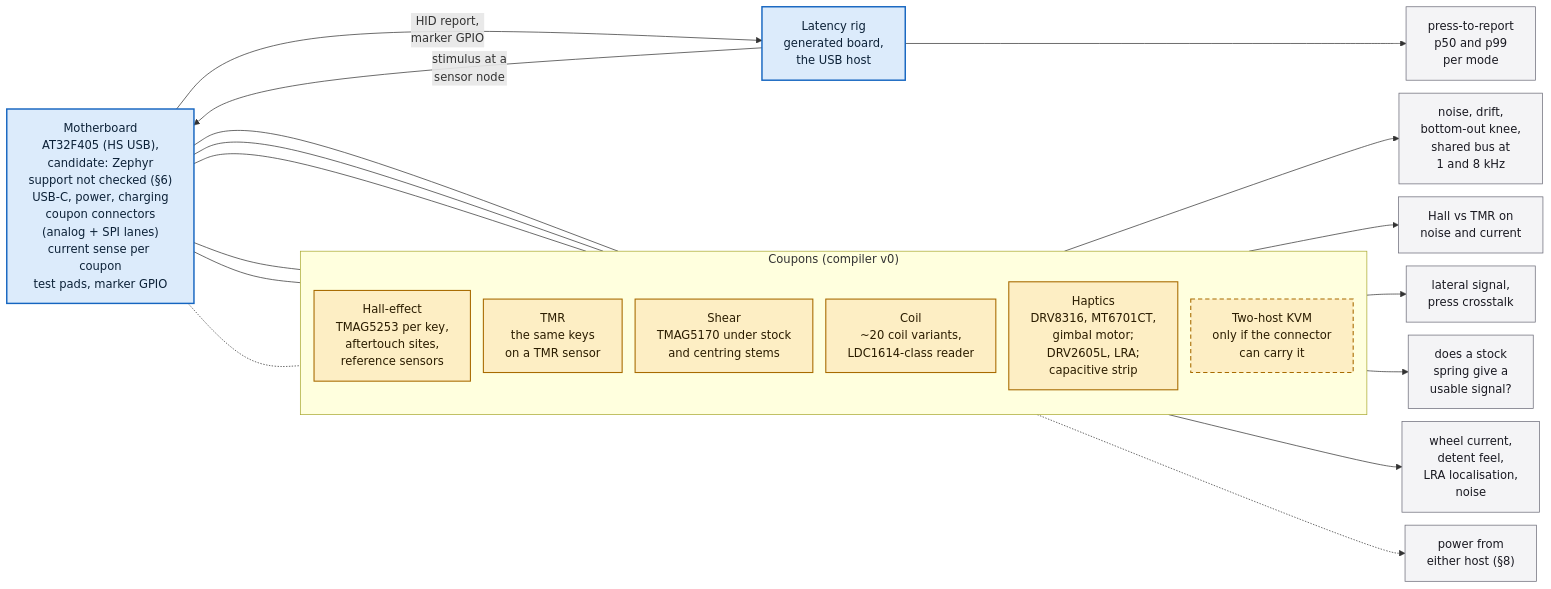
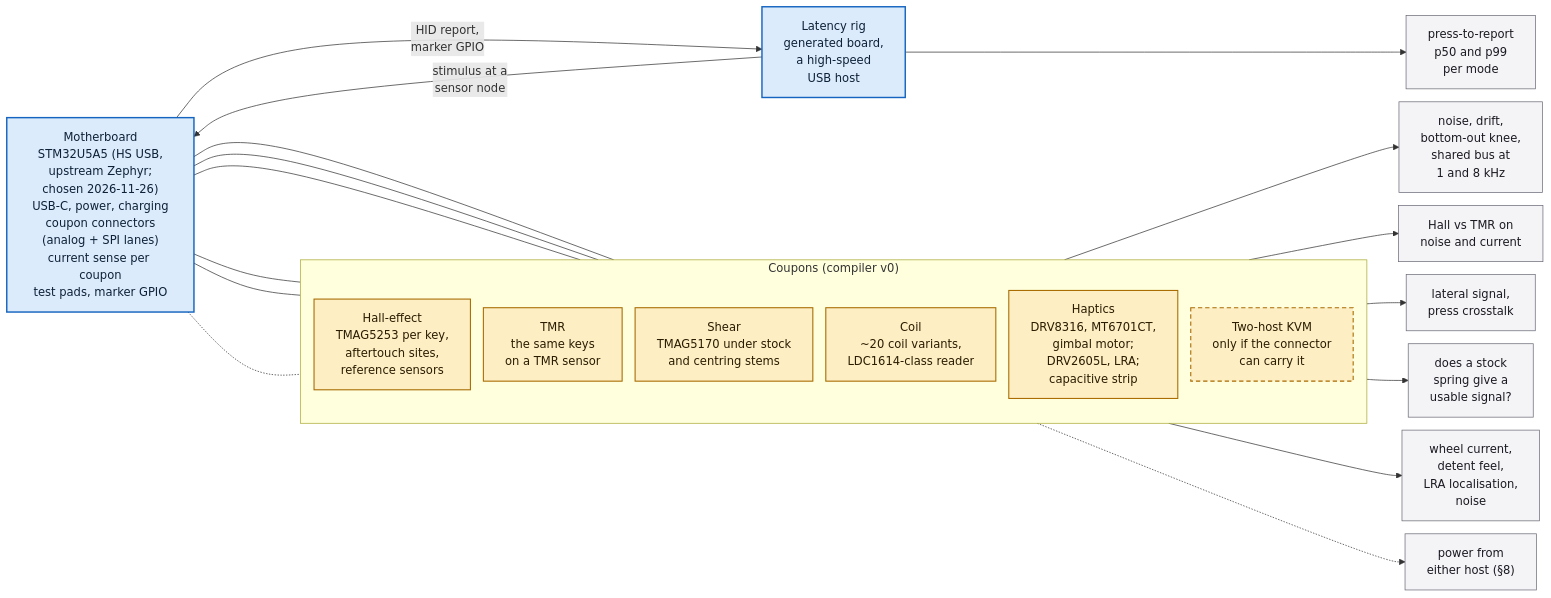
Diagram 20 of 22 in keyboard/docs/concept.md (tyevco/prettycoolboards), drawn with Mermaid before and after one commit. The commit also changed other lines of this file and 19 other files, not shown here.

````diff
--- a/keyboard/docs/concept.md
+++ b/keyboard/docs/concept.md
@@ -1180,48 +1218,48 @@
 ```mermaid
 ---
 config:
   # the docs theme sets p { line-height: 28px }, which would clip the labels mermaid measured at 1.5
   themeCSS: "p { line-height: inherit; }"
   flowchart:
     nodeSpacing: 18
     rankSpacing: 44
     # without it the first coupon's border runs through the subgraph title
     subGraphTitleMargin: { top: 0, bottom: 8 }
 ---
 flowchart LR
-  MB["Motherboard<br/>AT32F405 (HS USB),<br/>candidate: Zephyr<br/>support not checked (§6)<br/>USB-C, power, charging<br/>coupon connectors<br/>(analog + SPI lanes)<br/>current sense per coupon<br/>test pads, marker GPIO"]:::mb
+  MB["Motherboard<br/>STM32U5A5 (HS USB,<br/>upstream Zephyr;<br/>chosen 2026-11-26)<br/>USB-C, power, charging<br/>coupon connectors<br/>(analog + SPI lanes)<br/>current sense per coupon<br/>test pads, marker GPIO"]:::mb
 
   subgraph CP["Coupons (compiler v0)"]
     direction TB
     HE["Hall-effect<br/>TMAG5253 per key,<br/>aftertouch sites,<br/>reference sensors"]:::cp
     TMR["TMR<br/>the same keys<br/>on a TMR sensor"]:::cp
     SH["Shear<br/>TMAG5170 under stock<br/>and centring stems"]:::cp
     COIL["Coil<br/>~20 coil variants,<br/>LDC1614-class reader"]:::cp
     HAP["Haptics<br/>DRV8316, MT6701CT,<br/>gimbal motor;<br/>DRV2605L, LRA;<br/>capacitive strip"]:::cp
     KVM["Two-host KVM<br/>only if the connector<br/>can carry it"]:::opt
   end
 
   MB --- HE
   MB --- TMR
   MB --- SH
   MB --- COIL
   MB --- HAP
   MB -.- KVM
 
   HE --> mHE["noise, drift,<br/>bottom-out knee,<br/>shared bus at<br/>1 and 8 kHz"]:::q
   TMR --> mTMR["Hall vs TMR on<br/>noise and current"]:::q
   SH --> mSH["lateral signal,<br/>press crosstalk"]:::q
   COIL --> mCOIL["does a stock<br/>spring give a<br/>usable signal?"]:::q
   HAP --> mHAP["wheel current,<br/>detent feel,<br/>LRA localisation,<br/>noise"]:::q
   KVM -.-> mKVM["power from<br/>either host (§8)"]:::q
 
-  RIG["Latency rig<br/>generated board,<br/>the USB host"]:::mb
+  RIG["Latency rig<br/>generated board,<br/>a high-speed<br/>USB host"]:::mb
   RIG -->|"stimulus at a<br/>sensor node"| MB
   MB -->|"HID report,<br/>marker GPIO"| RIG
   RIG --> mRIG["press-to-report<br/>p50 and p99<br/>per mode"]:::q
 
   classDef mb fill:#dcebfb,stroke:#1565c0,stroke-width:2px,color:#0d2238
   classDef cp fill:#fdeec4,stroke:#a86b00,stroke-width:1.5px,color:#2b1d00
   classDef opt fill:#fdeec4,stroke:#a86b00,stroke-width:1.5px,stroke-dasharray:6 4,color:#2b1d00
   classDef q fill:#f4f4f6,stroke:#6b6b78,stroke-width:1px,color:#1a1a22
 ```
````
